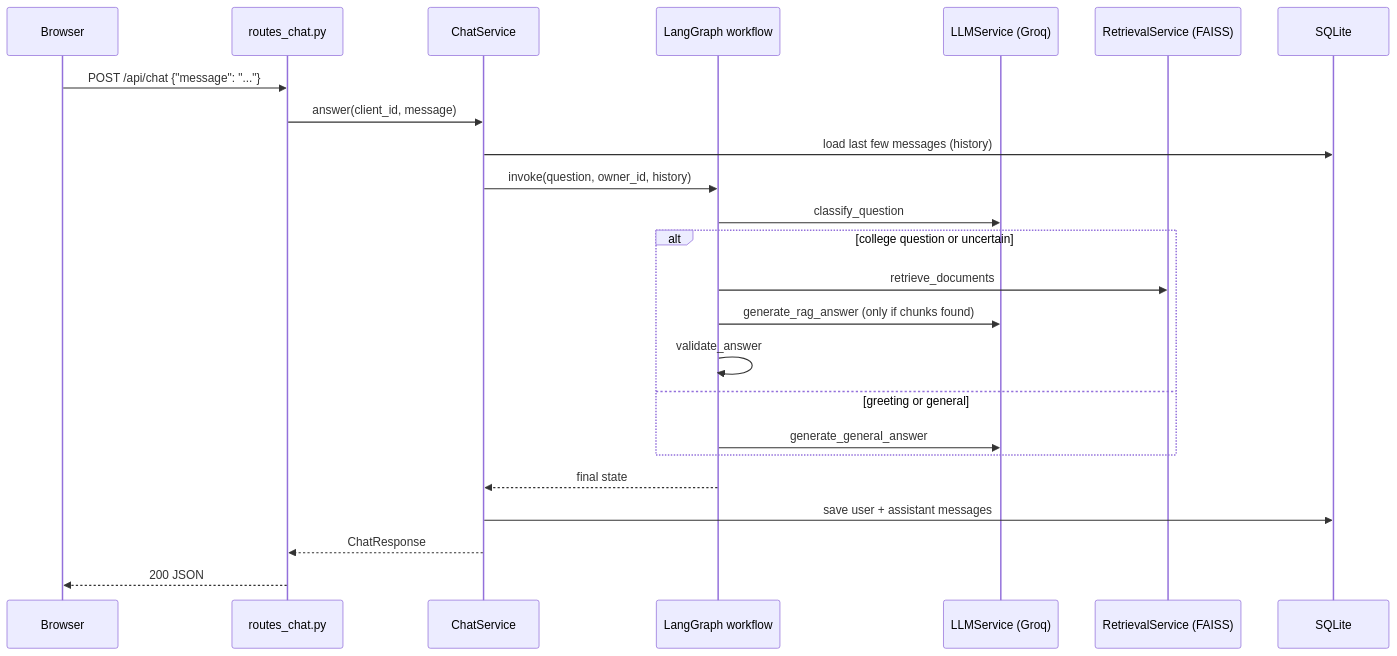
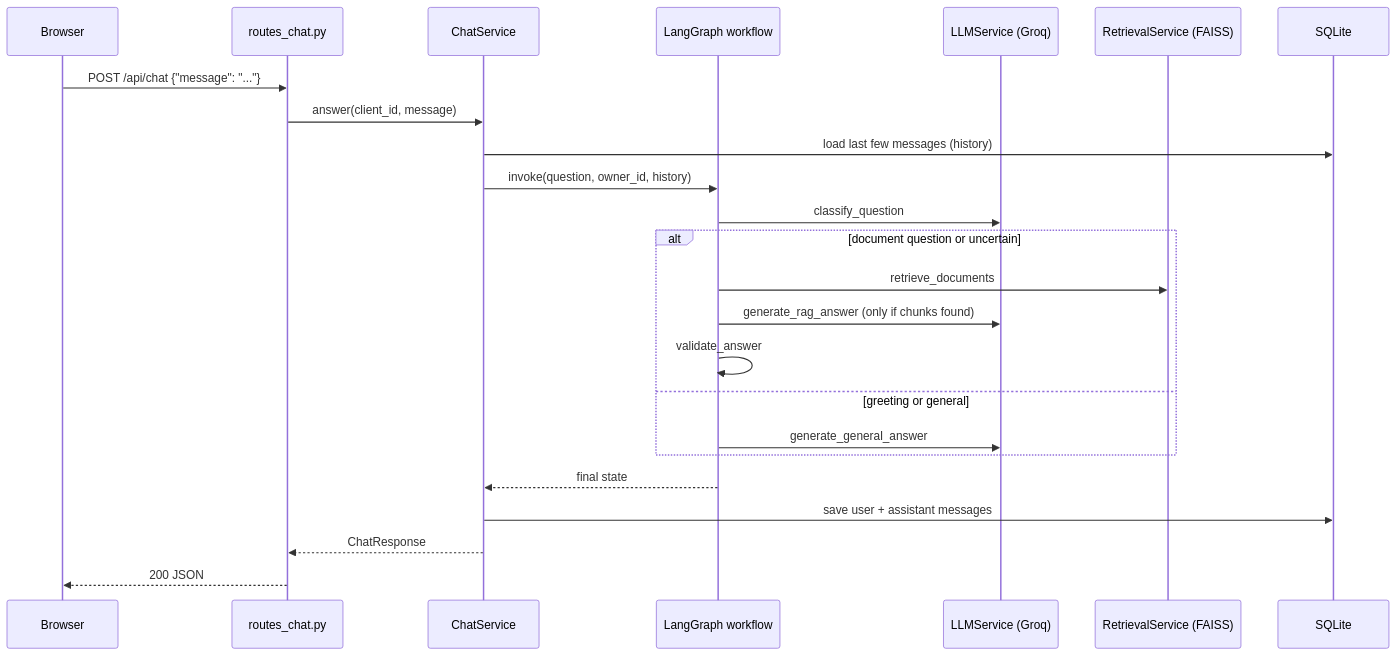
One commit to Frpratik/Citera-AI- changed the third of 3 diagrams in README.md. Above: the diagram before and after it, drawn with Mermaid. The commit also changed other lines of this file and 14 other files, not shown here.

````diff
--- a/README.md
+++ b/README.md
@@ -342,27 +340,27 @@
 ```mermaid
 sequenceDiagram
     participant B as Browser
     participant R as routes_chat.py
     participant C as ChatService
     participant G as LangGraph workflow
     participant L as LLMService (Groq)
     participant T as RetrievalService (FAISS)
     participant S as SQLite
 
     B->>R: POST /api/chat {"message": "..."}
     R->>C: answer(client_id, message)
     C->>S: load last few messages (history)
     C->>G: invoke(question, owner_id, history)
     G->>L: classify_question
-    alt college question or uncertain
+    alt document question or uncertain
         G->>T: retrieve_documents
         G->>L: generate_rag_answer (only if chunks found)
         G->>G: validate_answer
     else greeting or general
         G->>L: generate_general_answer
     end
     G-->>C: final state
     C->>S: save user + assistant messages
     C-->>R: ChatResponse
     R-->>B: 200 JSON
 ```
````
